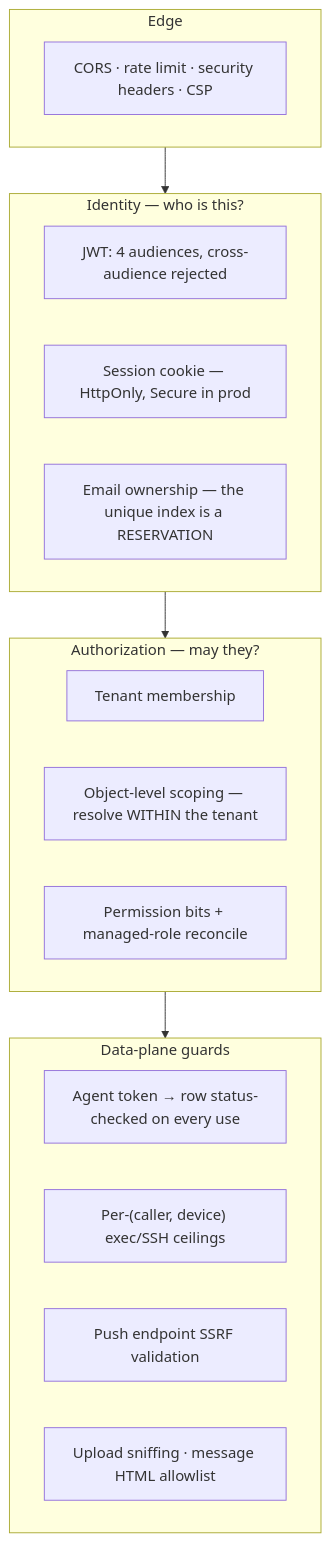
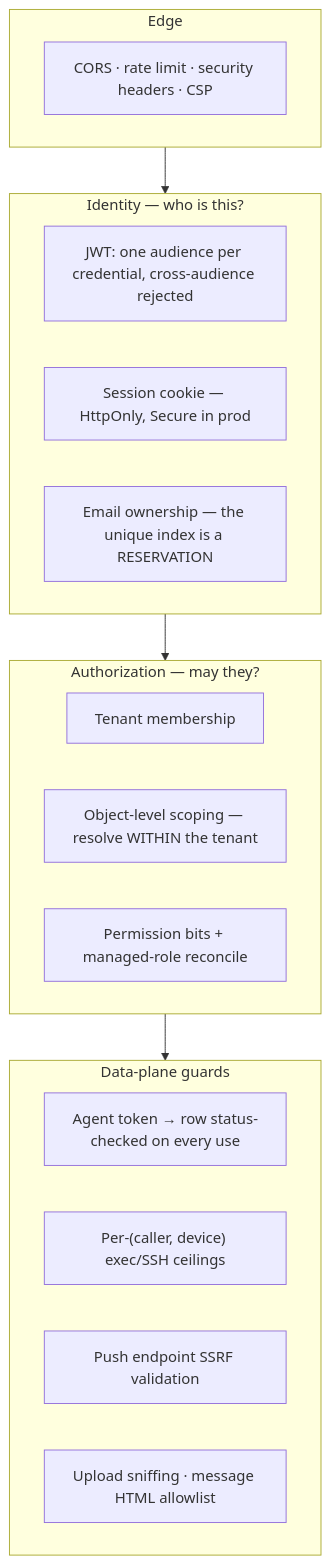
One commit to gjovanov/roomler-ai changed the first of 2 diagrams in docs/security-baseline.md. Above: the diagram before and after it, drawn with Mermaid. The commit also changed 24 other files, not shown here.

````diff
--- a/docs/security-baseline.md
+++ b/docs/security-baseline.md
@@ -14,23 +14,23 @@
 ```mermaid
 flowchart TB
     subgraph edge["Edge"]
         CORS["CORS · rate limit · security headers · CSP"]
     end
     subgraph ident["Identity — who is this?"]
-        JWT["JWT: 4 audiences, cross-audience rejected"]
+        JWT["JWT: one audience per credential, cross-audience rejected"]
         COOK["Session cookie — HttpOnly, Secure in prod"]
         EMAIL["Email ownership — the unique index is a RESERVATION"]
     end
     subgraph authz["Authorization — may they?"]
         MEMB["Tenant membership"]
         OBJ["Object-level scoping — resolve WITHIN the tenant"]
         PERM["Permission bits + managed-role reconcile"]
     end
     subgraph plane["Data-plane guards"]
         AGENT["Agent token → row status-checked on every use"]
         CEIL["Per-(caller, device) exec/SSH ceilings"]
         SSRF["Push endpoint SSRF validation"]
         CONTENT["Upload sniffing · message HTML allowlist"]
     end
     edge --> ident --> authz --> plane
 ```
````
